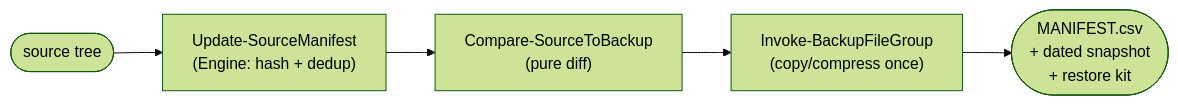
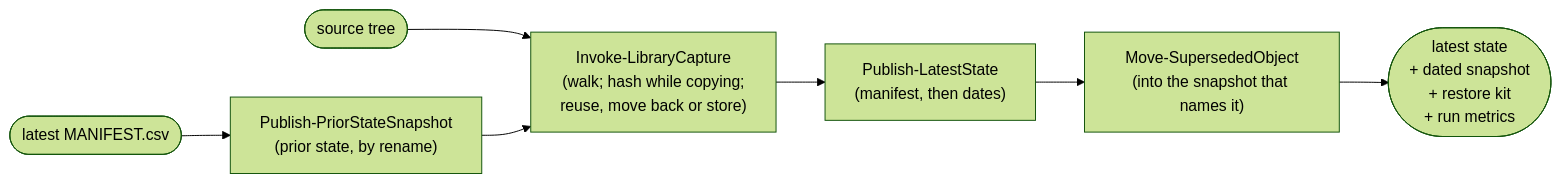
Before and after one commit to diytechy/FileBackup: the first of 2 diagrams in docs/architecture.md, drawn with Mermaid (forest theme). The commit also changed other lines of this file and 2 other files, not shown here.

First line of the commit message:
Docs: AGENTS.md and architecture.md describe the bounded run as built; resume list

````diff
--- a/docs/architecture.md
+++ b/docs/architecture.md
@@ -14,7 +14,9 @@
 ```mermaid
 graph LR
-    src([source tree]) --> walk["Update-SourceManifest<br/>(Engine: hash + dedup)"]
-    walk --> diff["Compare-SourceToBackup<br/>(pure diff)"]
-    diff --> copy["Invoke-BackupFileGroup<br/>(copy/compress once)"]
-    copy --> out([MANIFEST.csv<br/>+ dated snapshot<br/>+ restore kit])
+    latest([latest MANIFEST.csv]) --> snap["Publish-PriorStateSnapshot<br/>(prior state, by rename)"]
+    src([source tree]) --> walk["Invoke-LibraryCapture<br/>(walk; hash while copying;<br/>reuse, move back or store)"]
+    snap --> walk
+    walk --> fin["Publish-LatestState<br/>(manifest, then dates)"]
+    fin --> sup["Move-SupersededObject<br/>(into the snapshot that names it)"]
+    sup --> out([latest state<br/>+ dated snapshot<br/>+ restore kit<br/>+ run metrics])
 ```
````
